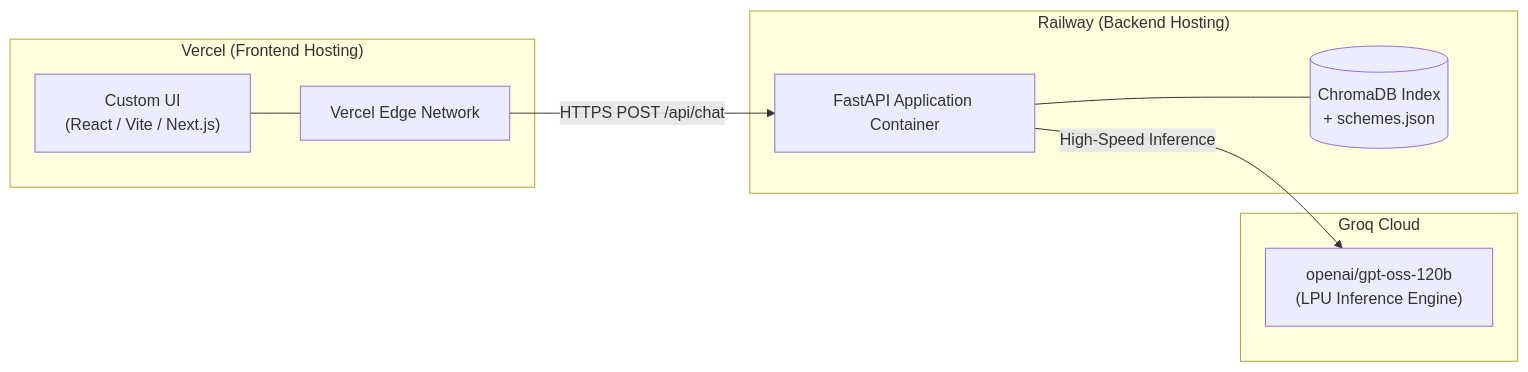
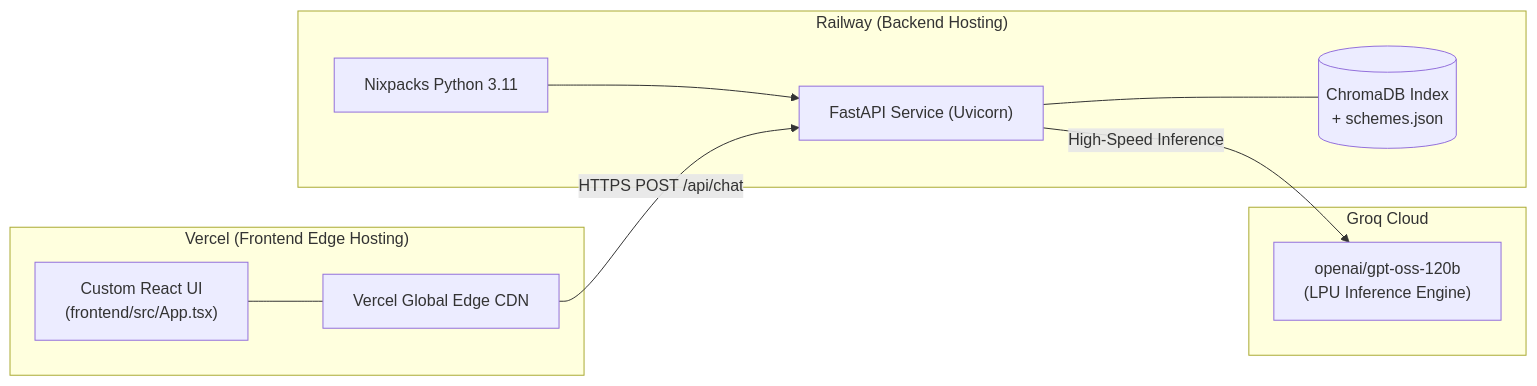
Before and after one commit to beyoujagat/fundcompass-rag-chatbot: the third of 3 diagrams in docs/architecture.md, drawn with Mermaid. The commit also changed other lines of this file and 9 other files, not shown here.

````diff
--- a/docs/architecture.md
+++ b/docs/architecture.md
@@ -276,21 +318,22 @@
 ```mermaid
 flowchart LR
-    subgraph Vercel ["Vercel (Frontend Hosting)"]
-        CustomUI["Custom UI<br>(React / Vite / Next.js)"]
-        EdgeCDN["Vercel Edge Network"]
+    subgraph Vercel ["Vercel (Frontend Edge Hosting)"]
+        CustomUI["Custom React UI<br>(frontend/src/App.tsx)"]
+        EdgeCDN["Vercel Global Edge CDN"]
         CustomUI --- EdgeCDN
     end
 
     subgraph Railway ["Railway (Backend Hosting)"]
-        Docker["FastAPI Application Container"]
+        Nixpacks["Nixpacks Python 3.11"]
+        FastAPIApp["FastAPI Service (Uvicorn)"]
         ChromaStore[("ChromaDB Index<br>+ schemes.json")]
-        Docker --- ChromaStore
+        Nixpacks --> FastAPIApp --- ChromaStore
     end
 
     subgraph GroqCloud ["Groq Cloud"]
         GroqEngine["openai/gpt-oss-120b<br>(LPU Inference Engine)"]
     end
 
-    EdgeCDN -->|"HTTPS POST /api/chat"| Docker
-    Docker -->|"High-Speed Inference"| GroqEngine
+    EdgeCDN -->|"HTTPS POST /api/chat"| FastAPIApp
+    FastAPIApp -->|"High-Speed Inference"| GroqEngine
 ```
````
